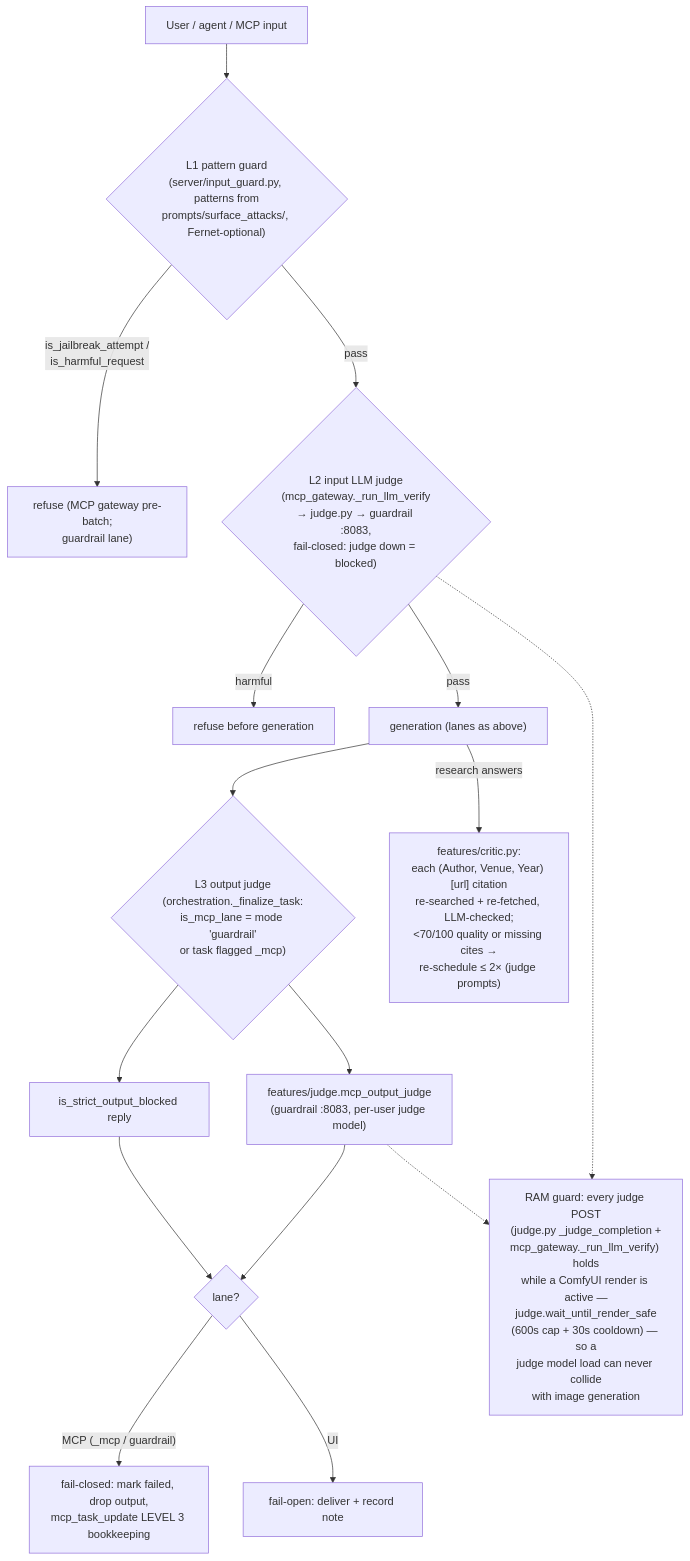
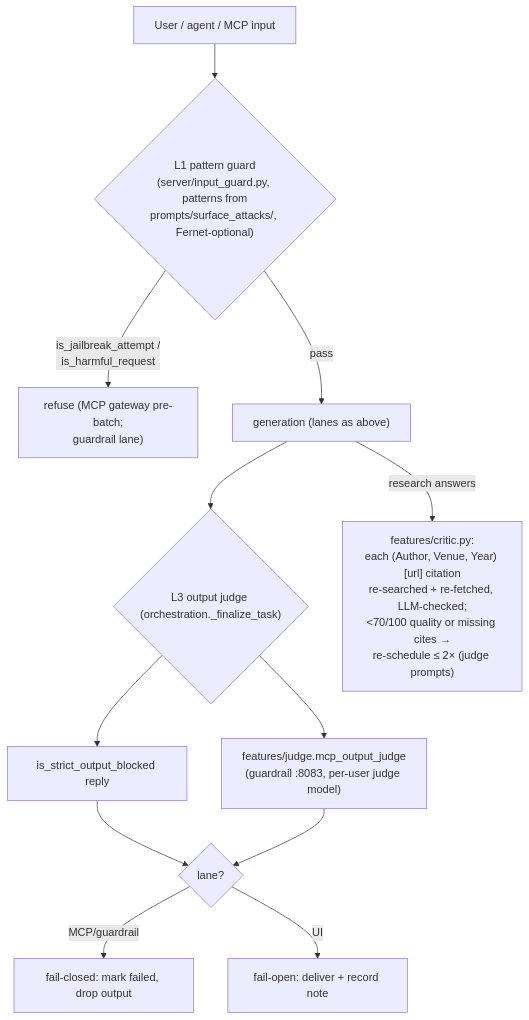
Before and after one commit to Palash90/local-ai: diagram 13 of 13 in ARCHITECTURE.md, drawn with Mermaid. The commit also changed other lines of this file and 9 other files, not shown here.

````diff
--- a/ARCHITECTURE.md
+++ b/ARCHITECTURE.md
@@ -406,18 +392,13 @@
 ```mermaid
 graph TD
     In["User / agent / MCP input"] --> L1{"L1 pattern guard\n(server/input_guard.py, patterns from\nprompts/surface_attacks/, Fernet-optional)"}
     L1 -- "is_jailbreak_attempt /\nis_harmful_request" --> Block1["refuse (MCP gateway pre-batch;\nguardrail lane)"]
-    L1 -- pass --> L2{"L2 input LLM judge\n(mcp_gateway._run_llm_verify\n→ judge.py → guardrail :8083,\nfail-closed: judge down = blocked)"}
-    L2 -- harmful --> Block2["refuse before generation"]
-    L2 -- pass --> Gen["generation (lanes as above)"]
-    Gen --> L3{"L3 output judge\n(orchestration._finalize_task:\nis_mcp_lane = mode 'guardrail'\nor task flagged _mcp)"}
+    L1 -- pass --> Gen["generation (lanes as above)"]
+    Gen --> L3{"L3 output judge (orchestration._finalize_task)"}
     L3 --> Strict["is_strict_output_blocked reply"]
     L3 --> Judge["features/judge.mcp_output_judge\n(guardrail :8083, per-user judge model)"]
     Strict & Judge --> Lane{"lane?"}
-    Lane -- "MCP (_mcp / guardrail)" --> FC["fail-closed: mark failed, drop output,\nmcp_task_update LEVEL 3 bookkeeping"]
+    Lane -- "MCP/guardrail" --> FC["fail-closed: mark failed, drop output"]
     Lane -- "UI" --> FO["fail-open: deliver + record note"]
     Gen -->|"research answers"| Critic["features/critic.py:\neach (Author, Venue, Year) [url] citation\nre-searched + re-fetched, LLM-checked;\n<70/100 quality or missing cites →\nre-schedule ≤ 2× (judge prompts)"]
-    RAM["RAM guard: every judge POST\n(judge.py _judge_completion +\nmcp_gateway._run_llm_verify) holds\nwhile a ComfyUI render is active —\njudge.wait_until_render_safe\n(600s cap + 30s cooldown) — so a\njudge model load can never collide\nwith image generation"]
-    L2 -.-> RAM
-    Judge -.-> RAM
 ```
````
